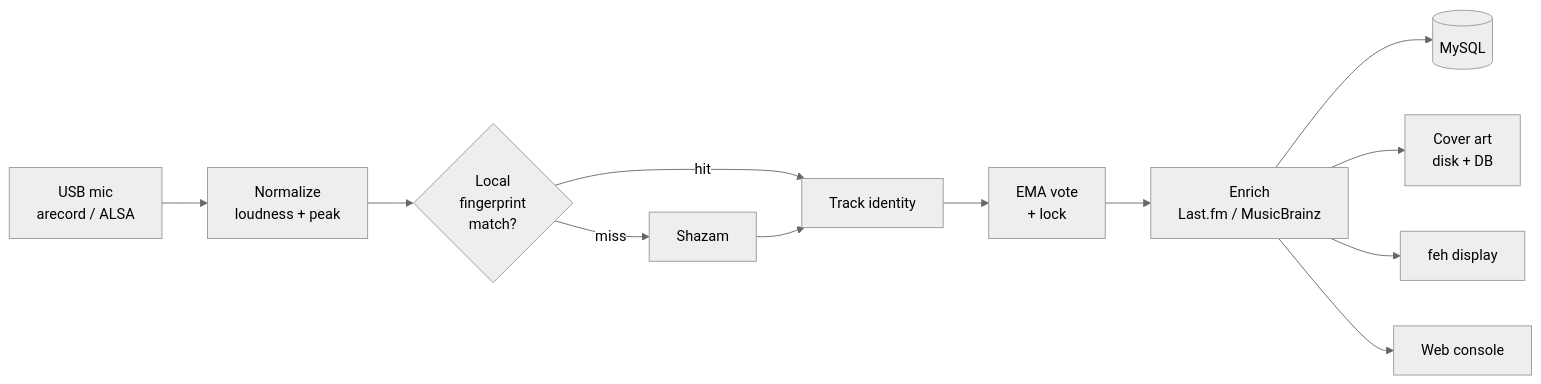
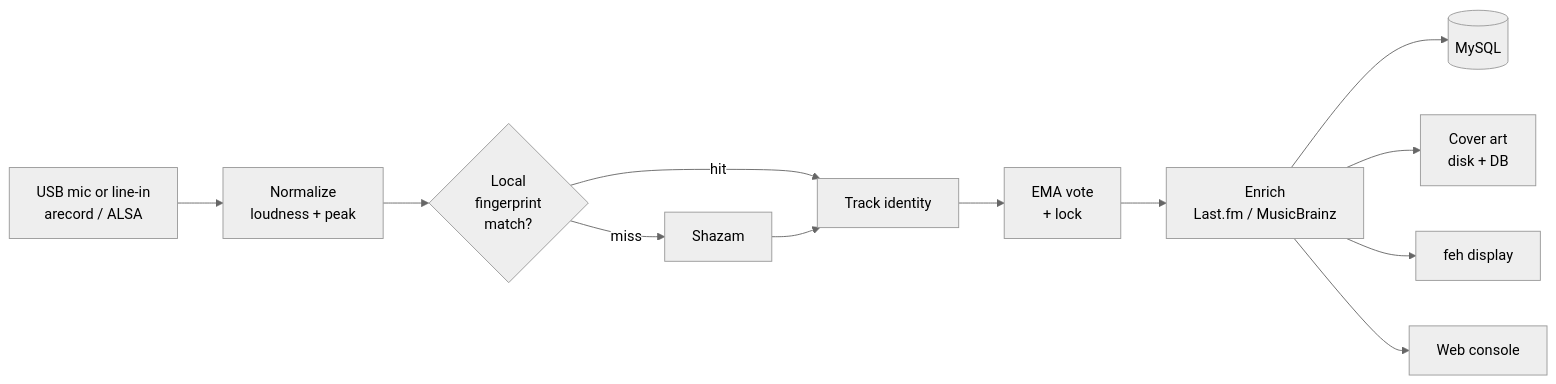
The diagram in README.md (michaelosten/musicguru), drawn with Mermaid (neutral theme) before and after one commit. The commit also changed other lines of this file and 5 other files, not shown here.

````diff
--- a/README.md
+++ b/README.md
@@ -61,14 +61,14 @@
 ```mermaid
 flowchart LR
-  A[USB mic<br/>arecord / ALSA] --> B[Normalize<br/>loudness + peak]
+  A[USB mic or line-in<br/>arecord / ALSA] --> B[Normalize<br/>loudness + peak]
   B --> C{Local<br/>fingerprint<br/>match?}
   C -- hit --> E[Track identity]
   C -- miss --> D[Shazam]
   D --> E
   E --> F[EMA vote<br/>+ lock]
   F --> G[Enrich<br/>Last.fm / MusicBrainz]
   G --> H[(MySQL)]
   G --> I[Cover art<br/>disk + DB]
   G --> J[feh display]
   G --> K[Web console]
 ```
````
